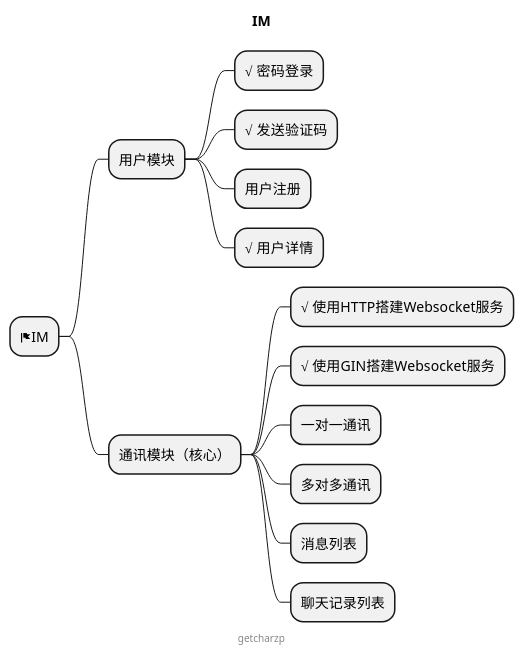
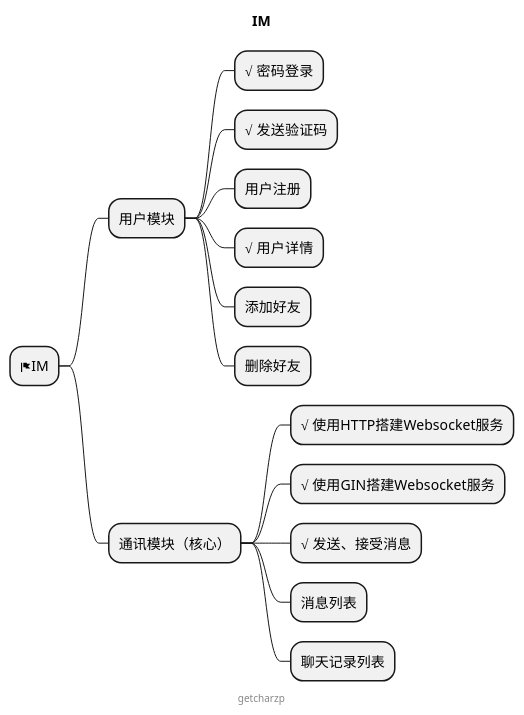
The diagram in MIND.puml (GetcharZp/im), drawn with PlantUML before and after one commit. The commit also changed 12 other files, not shown here.

```diff
--- a/MIND.puml
+++ b/MIND.puml
@@ -1,21 +1,22 @@
 @startmindmap
 
 title IM
 
 * <&flag>IM
 ** 用户模块
 *** √ 密码登录
 *** √ 发送验证码
 *** 用户注册
 *** √ 用户详情
+*** 添加好友
+*** 删除好友
 ** 通讯模块（核心）
 *** √ 使用HTTP搭建Websocket服务
 *** √ 使用GIN搭建Websocket服务
-*** 一对一通讯
-*** 多对多通讯
+*** √ 发送、接受消息
 *** 消息列表
 *** 聊天记录列表
 
 center footer getcharzp
 
 @endmindmap
```
